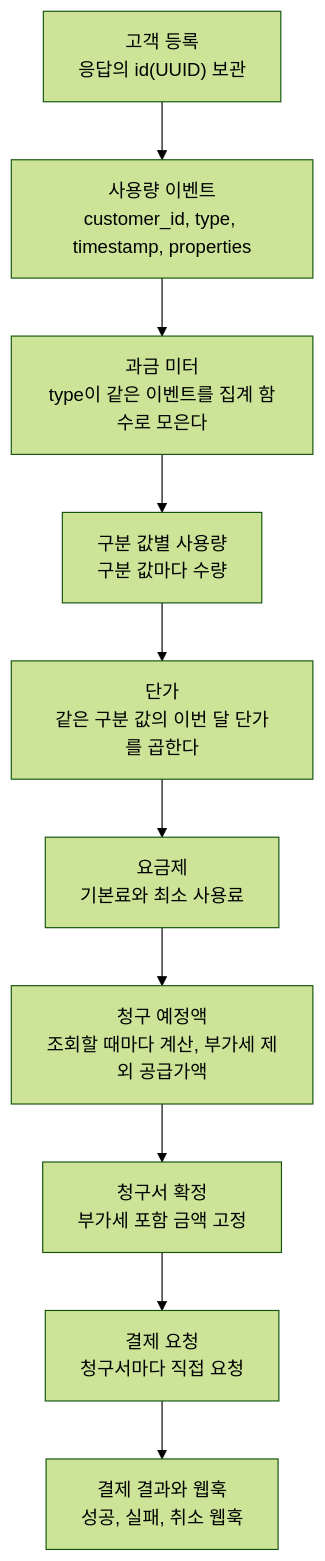
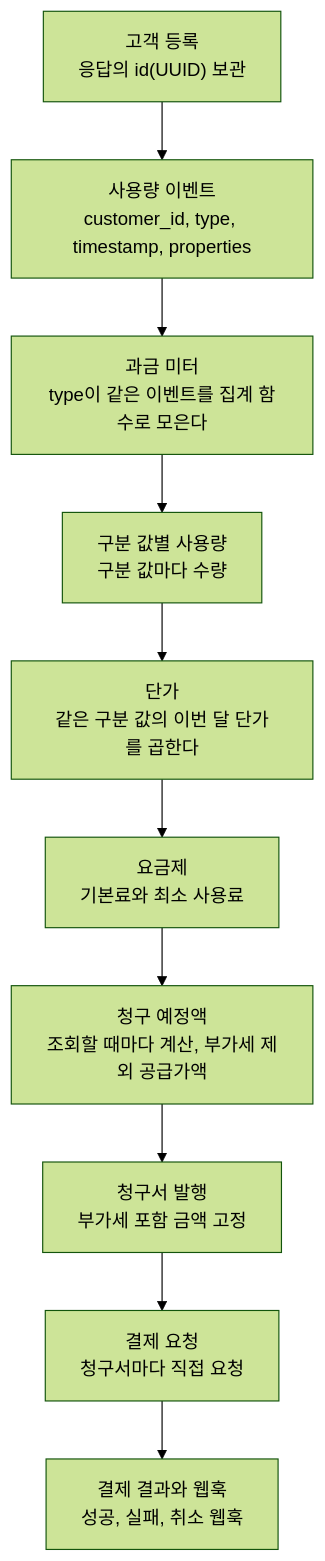
The diagram in guide/concepts/how-it-works.mdx (asm17-ms2/meterengine), drawn with Mermaid (forest theme) before and after one commit. The commit also changed other lines of this file and 83 other files, not shown here.

````diff
--- a/guide/concepts/how-it-works.mdx
+++ b/guide/concepts/how-it-works.mdx
@@ -10,13 +10,13 @@
 ```mermaid
 flowchart TD
   C["고객 등록<br/>응답의 id(UUID) 보관"] --> E
   E["사용량 이벤트<br/>customer_id, type, timestamp, properties"] --> M
   M["과금 미터<br/>type이 같은 이벤트를 집계 함수로 모은다"] --> U
   U["구분 값별 사용량<br/>구분 값마다 수량"] --> R
   R["단가<br/>같은 구분 값의 이번 달 단가를 곱한다"] --> P
   P["요금제<br/>기본료와 최소 사용료"] --> D
   D["청구 예정액<br/>조회할 때마다 계산, 부가세 제외 공급가액"] --> F
-  F["청구서 확정<br/>부가세 포함 금액 고정"] --> Q
+  F["청구서 발행<br/>부가세 포함 금액 고정"] --> Q
   Q["결제 요청<br/>청구서마다 직접 요청"] --> W
   W["결제 결과와 웹훅<br/>성공, 실패, 취소 웹훅"]
 ```
````
